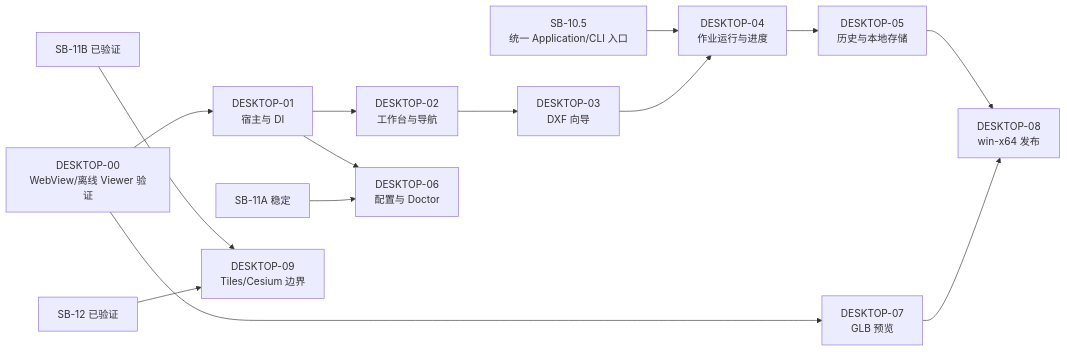
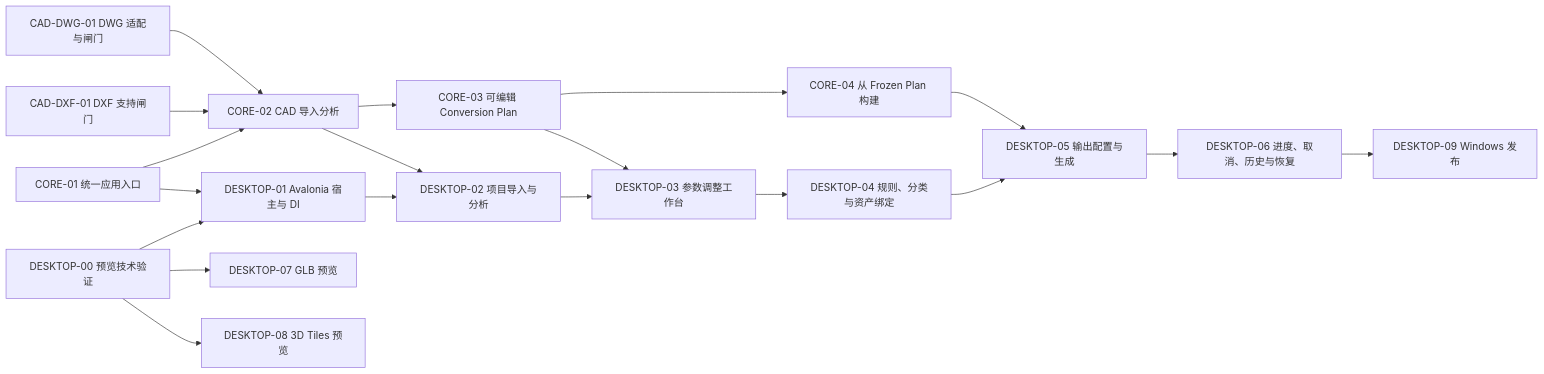
Before and after one commit to mrricardo16/scene-builder: the diagram in docs/scene-builder-avalonia-desktop-roadmap.md, drawn with Mermaid. The commit also changed other lines of this file and 31 other files, not shown here.

Commit message:
Document current Scene Builder capabilities and desktop roadmap

````diff
--- a/docs/scene-builder-avalonia-desktop-roadmap.md
+++ b/docs/scene-builder-avalonia-desktop-roadmap.md
@@ -11,16 +11,21 @@
 ```mermaid
 flowchart LR
-  D00[DESKTOP-00\nWebView/离线 Viewer 验证] --> D01[DESKTOP-01\n宿主与 DI]
-  D01 --> D02[DESKTOP-02\n工作台与导航]
-  D02 --> D03[DESKTOP-03\nDXF 向导]
-  S105[SB-10.5\n统一 Application/CLI 入口] --> D04[DESKTOP-04\n作业运行与进度]
-  D03 --> D04
-  D04 --> D05[DESKTOP-05\n历史与本地存储]
-  D01 --> D06[DESKTOP-06\n配置与 Doctor]
-  S11A[SB-11A 稳定] --> D06
-  D00 --> D07[DESKTOP-07\nGLB 预览]
-  D05 --> D08[DESKTOP-08\nwin-x64 发布]
-  D07 --> D08
-  S11B[SB-11B 已验证] --> D09[DESKTOP-09\nTiles/Cesium 边界]
-  S12[SB-12 已验证] --> D09
+  C1["CORE-01 统一应用入口"] --> C2["CORE-02 CAD 导入分析"]
+  C2 --> C3["CORE-03 可编辑 Conversion Plan"]
+  C3 --> C4["CORE-04 从 Frozen Plan 构建"]
+  DXF["CAD-DXF-01 DXF 支持闸门"] --> C2
+  DWG["CAD-DWG-01 DWG 适配与闸门"] --> C2
+  POC["DESKTOP-00 预览技术验证"] --> D1["DESKTOP-01 Avalonia 宿主与 DI"]
+  C1 --> D1
+  D1 --> D2["DESKTOP-02 项目导入与分析"]
+  C2 --> D2
+  D2 --> D3["DESKTOP-03 参数调整工作台"]
+  C3 --> D3
+  D3 --> D4["DESKTOP-04 规则、分类与资产绑定"]
+  D4 --> D5["DESKTOP-05 输出配置与生成"]
+  C4 --> D5
+  D5 --> D6["DESKTOP-06 进度、取消、历史与恢复"]
+  POC --> D7["DESKTOP-07 GLB 预览"]
+  POC --> D8["DESKTOP-08 3D Tiles 预览"]
+  D6 --> D9["DESKTOP-09 Windows 发布"]
 ```
````
